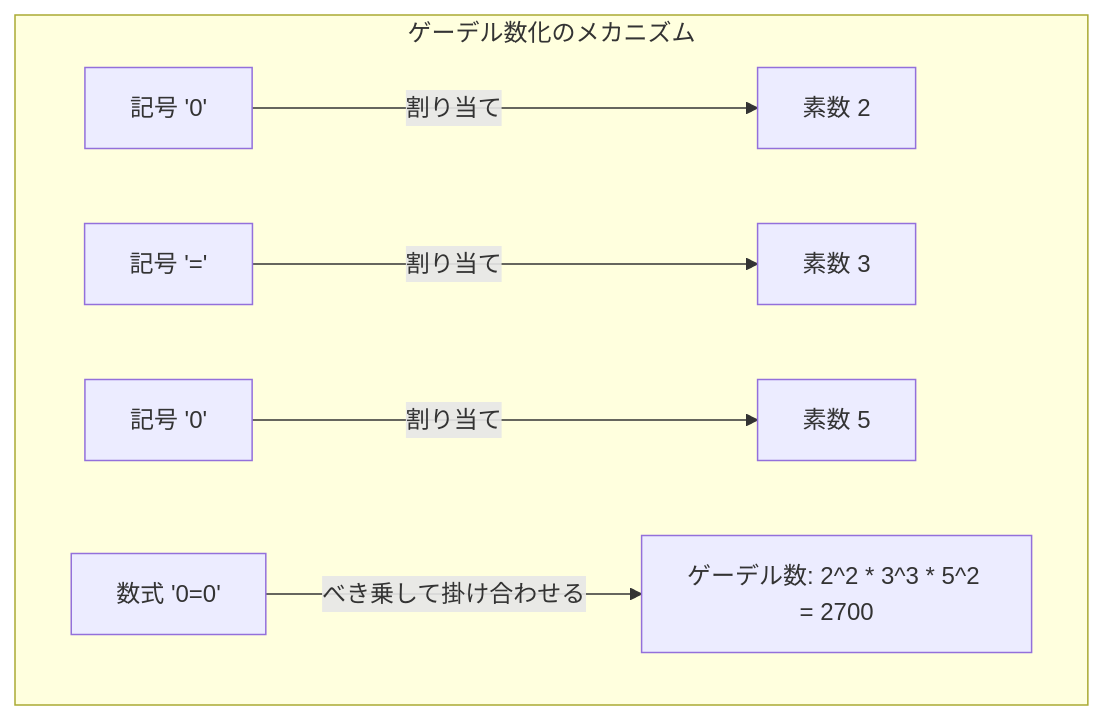
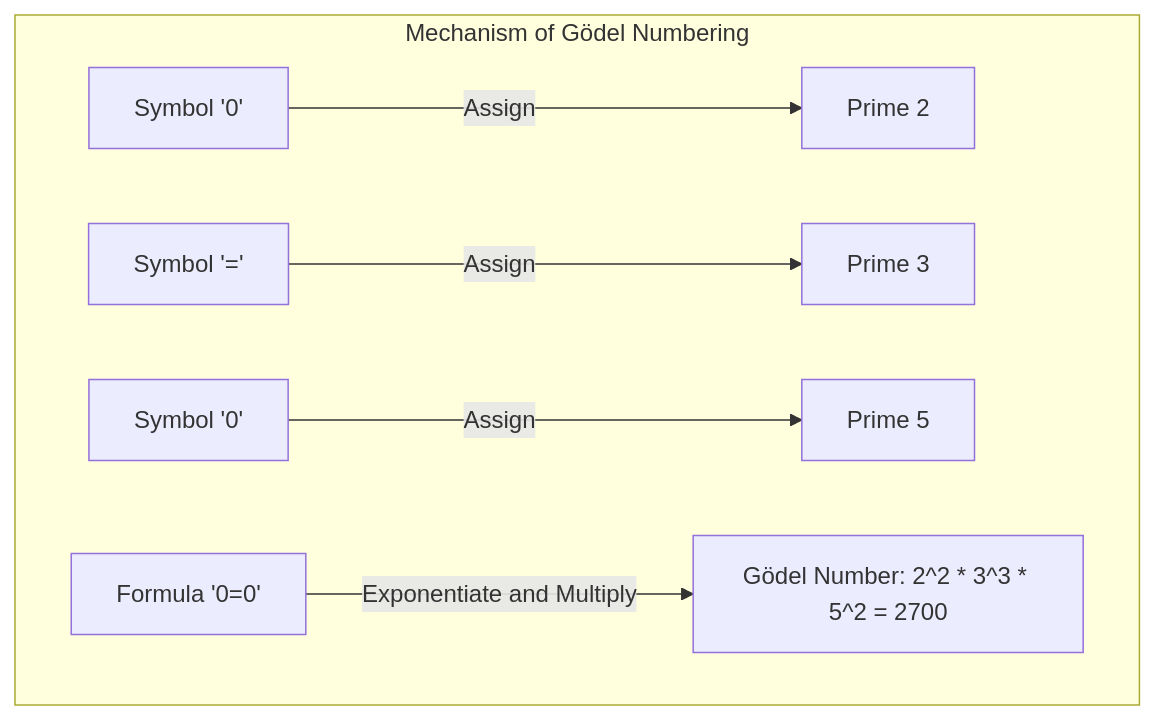
Before and after one commit to kenjinote/blog: the third of 4 diagrams in content/post/godels-incompleteness-theorems/index.en.md, drawn with Mermaid. The commit also changed other lines of this file and 28 other files, not shown here.

Commit message:
Translate Japanese text inside Mermaid diagrams to respective languages

````diff
--- a/content/post/godels-incompleteness-theorems/index.en.md
+++ b/content/post/godels-incompleteness-theorems/index.en.md
@@ -98,9 +98,9 @@
 ```mermaid
 graph TD
-    subgraph "ゲーデル数化のメカニズム"
-        S1["記号 '0'"] -->|"割り当て"| N1["素数 2"]
-        S2["記号 '='"] -->|"割り当て"| N2["素数 3"]
-        S3["記号 '0'"] -->|"割り当て"| N3["素数 5"]
-        F["数式 '0=0'"] -->|"べき乗して掛け合わせる"| GN["ゲーデル数: 2^2 * 3^3 * 5^2 = 2700"]
+    subgraph "Mechanism of Gödel Numbering"
+        S1["Symbol '0'"] -->|"Assign"| N1["Prime 2"]
+        S2["Symbol '='"] -->|"Assign"| N2["Prime 3"]
+        S3["Symbol '0'"] -->|"Assign"| N3["Prime 5"]
+        F["Formula '0=0'"] -->|"Exponentiate and Multiply"| GN["Gödel Number: 2^2 * 3^3 * 5^2 = 2700"]
     end
 ```
````
